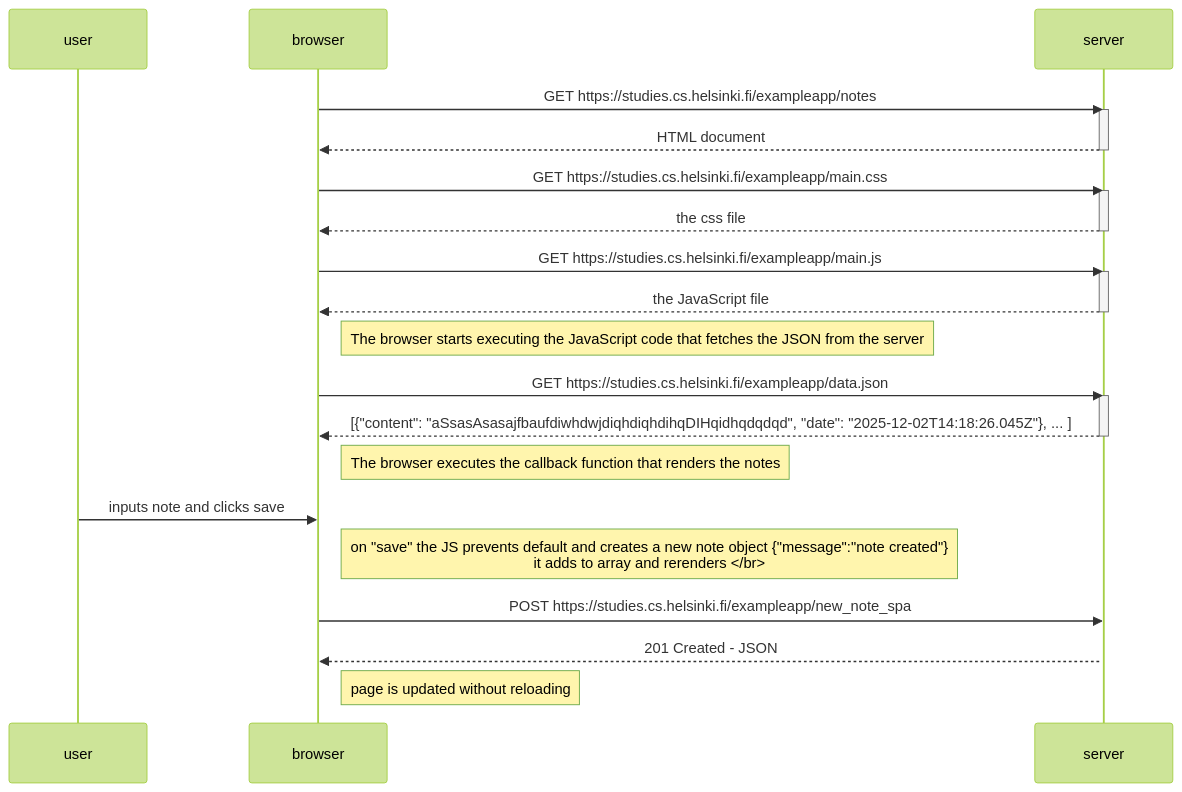
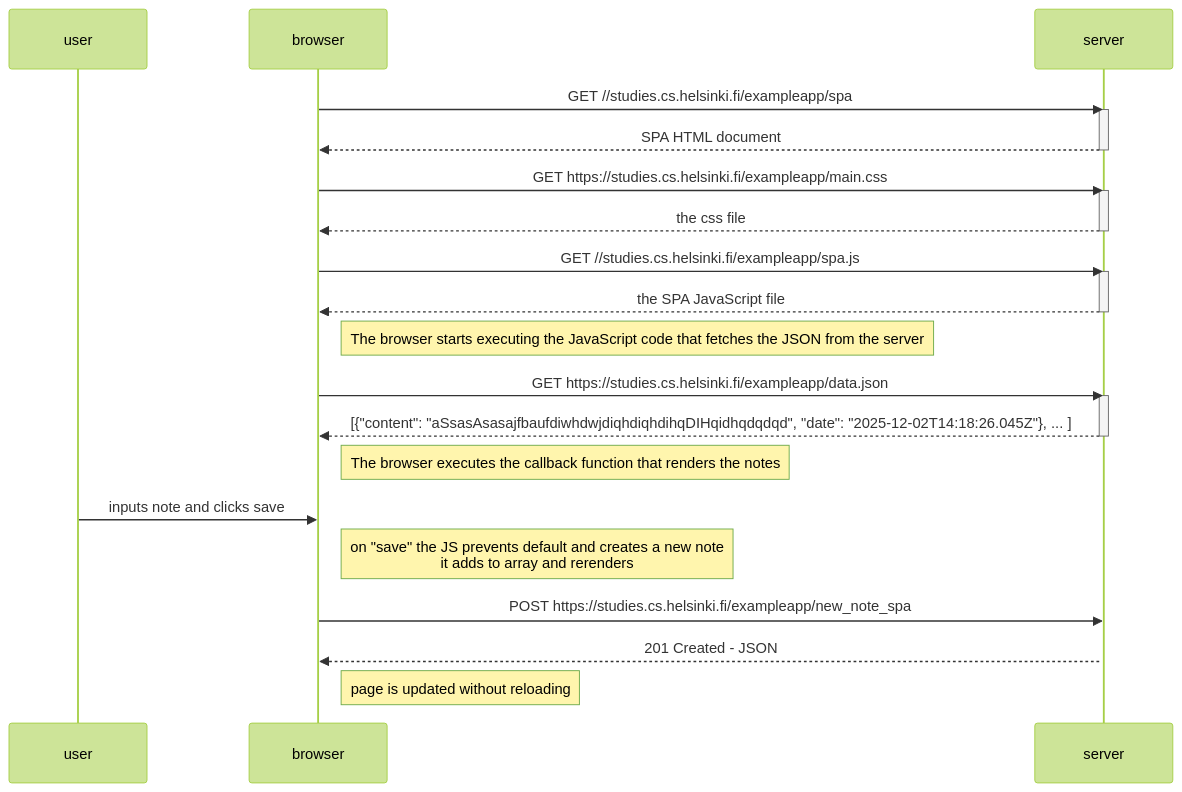
Before and after one commit to APThul/fullstackopen: the diagram in part 0/singlepageappnote.md, drawn with Mermaid (forest theme).

Commit message:
double checked everything was for SPA

````diff
--- a/part 0/singlepageappnote.md
+++ b/part 0/singlepageappnote.md
@@ -1,43 +1,43 @@
 ```mermaid
 
 sequenceDiagram
     participant user
     participant browser
     participant server
 
 
-    browser->>server: GET https://studies.cs.helsinki.fi/exampleapp/notes
+    browser->>server: GET //studies.cs.helsinki.fi/exampleapp/spa
     activate server
-    server-->>browser: HTML document
+    server-->>browser: SPA HTML document
     deactivate server
 
     browser->>server: GET https://studies.cs.helsinki.fi/exampleapp/main.css
     activate server
     server-->>browser: the css file
     deactivate server
 
-    browser->>server: GET https://studies.cs.helsinki.fi/exampleapp/main.js
+    browser->>server: GET //studies.cs.helsinki.fi/exampleapp/spa.js
     activate server
-    server-->>browser: the JavaScript file
+    server-->>browser: the SPA JavaScript file
     deactivate server
 
     Note right of browser: The browser starts executing the JavaScript code that fetches the JSON from the server
 
     browser->>server: GET https://studies.cs.helsinki.fi/exampleapp/data.json
     activate server
     server-->>browser: [{"content": "aSsasAsasajfbaufdiwhdwjdiqhdiqhdihqDIHqidhqdqdqd", "date": "2025-12-02T14:18:26.045Z"}, ... ]
     deactivate server
 
     Note right of browser: The browser executes the callback function that renders the notes
 
     user->>browser: inputs note and clicks save
-    Note right of browser: on "save" the JS prevents default and creates a new note object {"message":"note created"} <br> it adds to array and rerenders </br>
+    Note right of browser: on "save" the JS prevents default and creates a new note <br> it adds to array and rerenders
 
     browser->>server: POST https://studies.cs.helsinki.fi/exampleapp/new_note_spa
     activate server
     server-->>browser: 201 Created - JSON
 
     Note right of browser: page is updated without reloading
 
 
 ```
````
